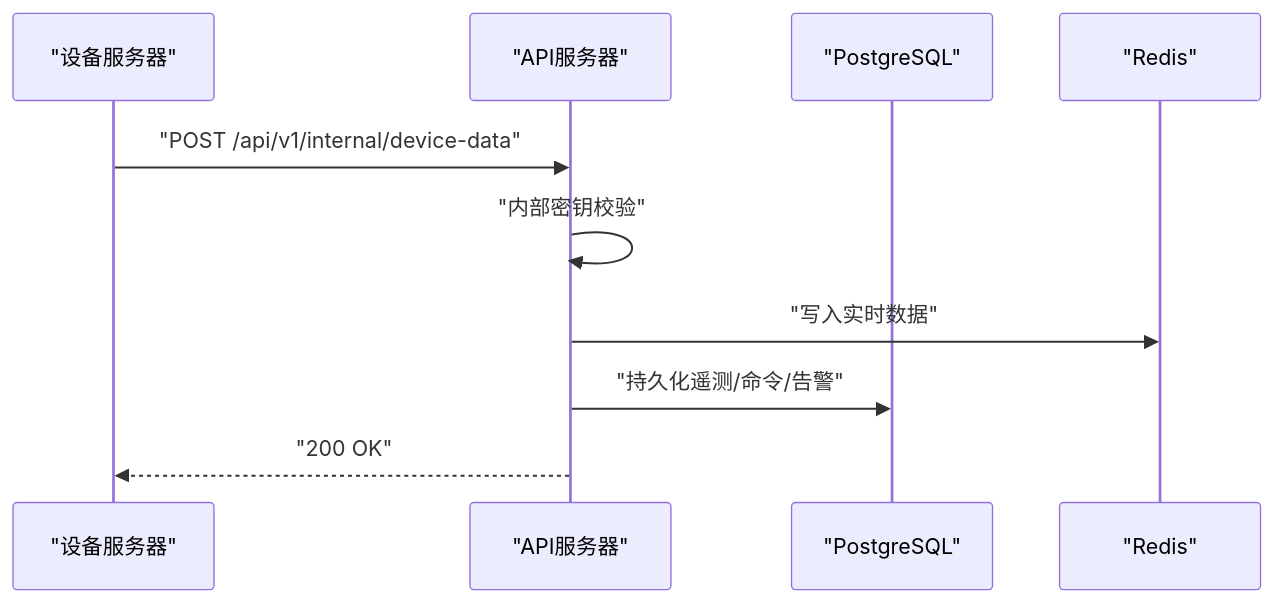
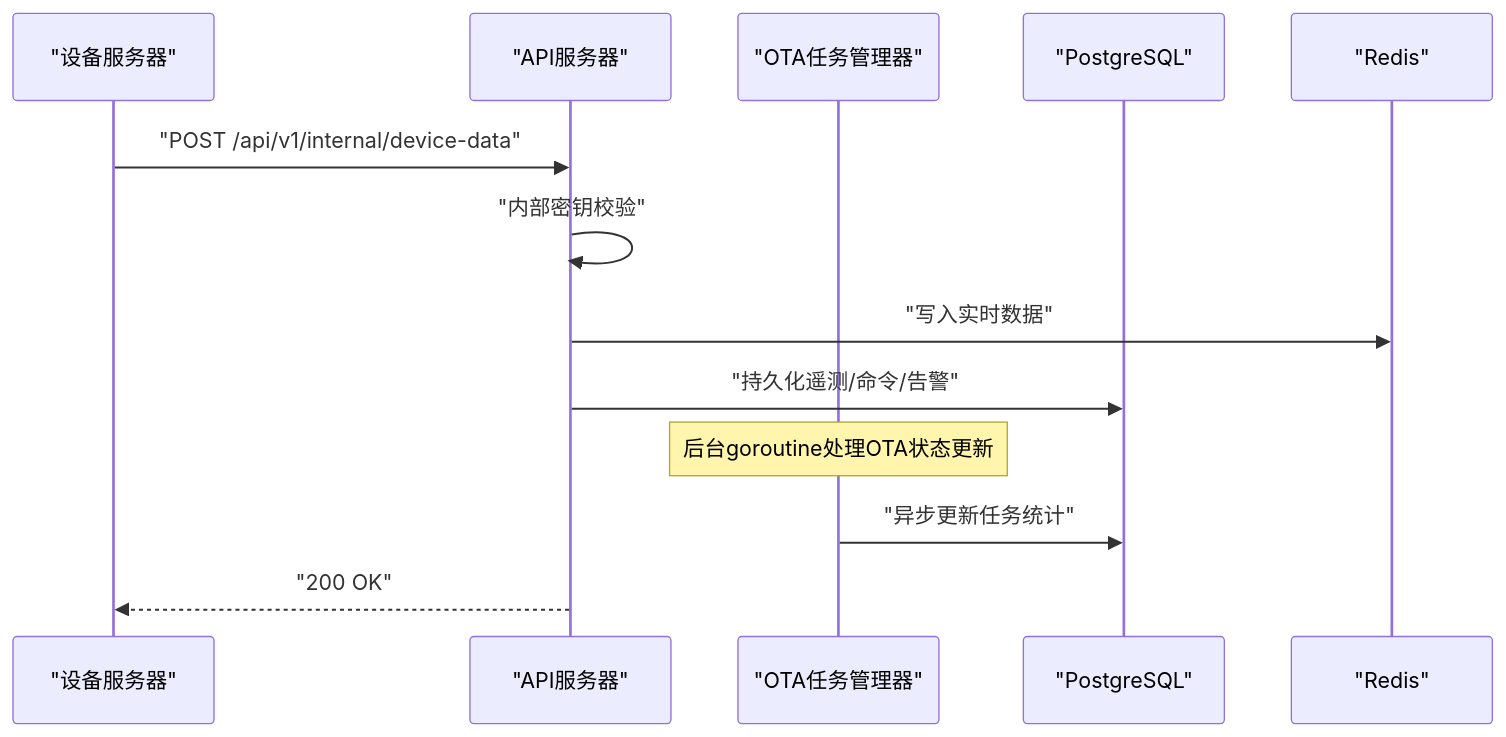
Before and after one commit to mcmrzy/cs_inv_monitor-develop: the fourth of 6 diagrams in .qoder/repowiki/zh/content/API参考文档/内部服务API.md, drawn with Mermaid. The commit also changed other lines of this file and 28 other files, not shown here.

````diff
--- a/.qoder/repowiki/zh/content/API参考文档/内部服务API.md
+++ b/.qoder/repowiki/zh/content/API参考文档/内部服务API.md
@@ -178,12 +201,15 @@
 ```mermaid
 sequenceDiagram
 participant DEV as "设备服务器"
 participant API as "API服务器"
+participant OTA as "OTA任务管理器"
 participant DB as "PostgreSQL"
 participant R as "Redis"
 DEV->>API : "POST /api/v1/internal/device-data"
 API->>API : "内部密钥校验"
 API->>R : "写入实时数据"
 API->>DB : "持久化遥测/命令/告警"
+Note over OTA : 后台goroutine处理OTA状态更新
+OTA->>DB : "异步更新任务统计"
 API-->>DEV : "200 OK"
 ```
````
